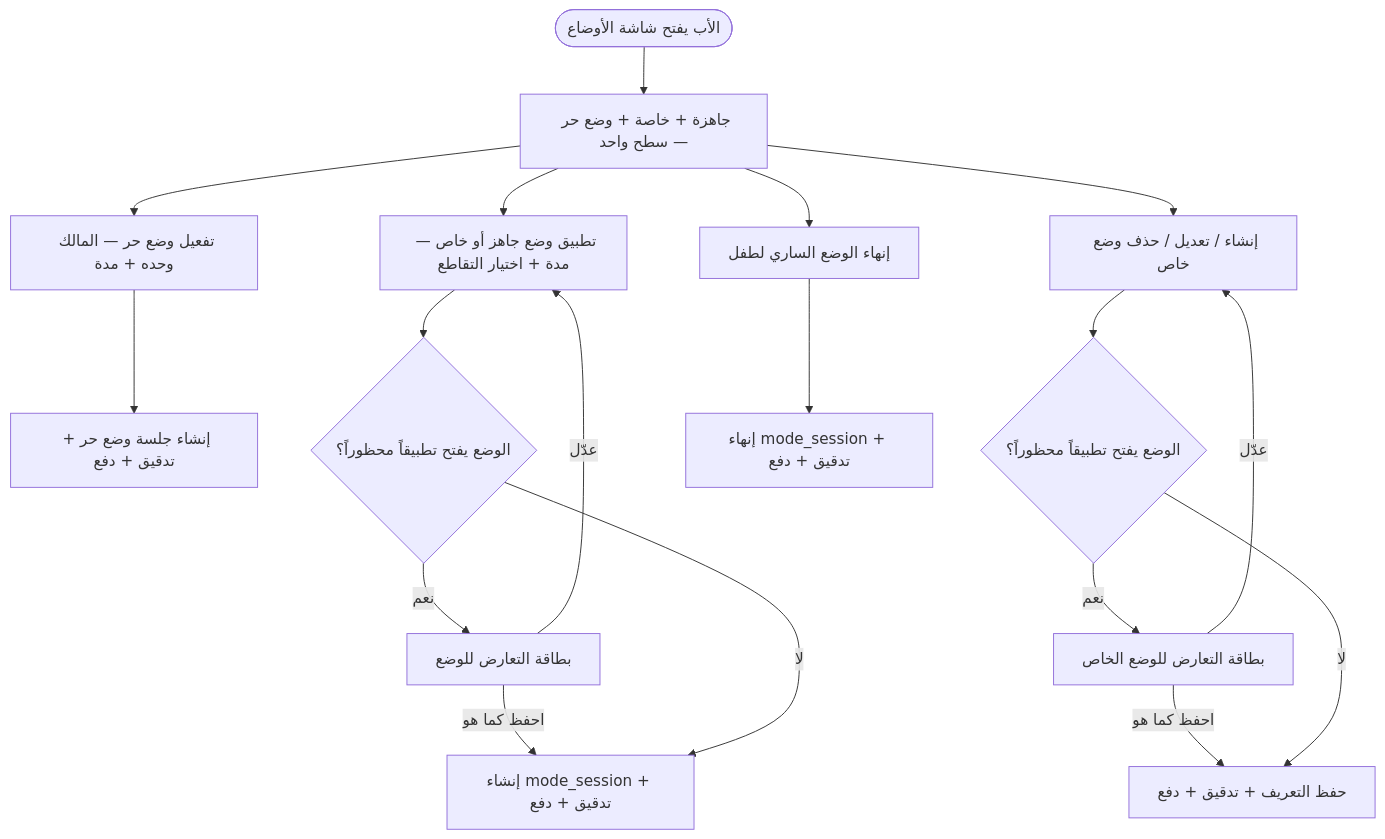
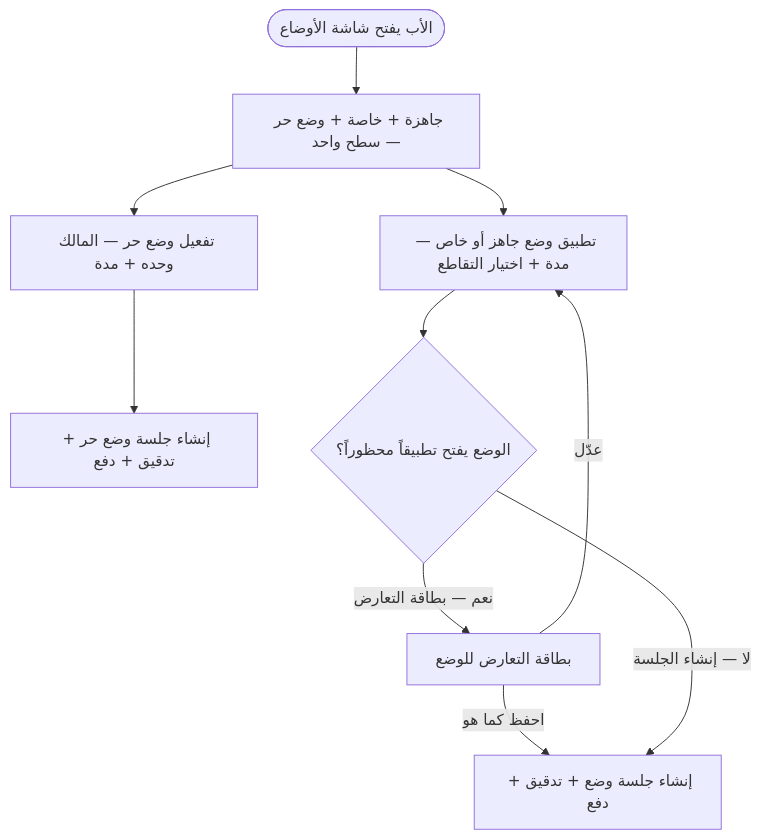
Diagram 22 of 45 in docs/family-os/governance/phases/phase-1/S1-10-protection-and-enforcement/DIAGRAMS.md (Bassam-mohammed-alqaeadi/family-os-v2), drawn with Mermaid before and after one commit. The commit also changed other lines of this file, not shown here.

````diff
--- a/docs/family-os/governance/phases/phase-1/S1-10-protection-and-enforcement/DIAGRAMS.md
+++ b/docs/family-os/governance/phases/phase-1/S1-10-protection-and-enforcement/DIAGRAMS.md
@@ -913,20 +1012,12 @@
 ```mermaid
 flowchart TD
     FStart([الأب يفتح شاشة الأوضاع]) --> FModes[جاهزة + خاصة + وضع حر — سطح واحد]
     FModes --> FFree[تفعيل وضع حر — المالك وحده + مدة]
     FModes --> FApply[تطبيق وضع جاهز أو خاص — مدة + اختيار التقاطع]
-    FModes --> FCustom[إنشاء / تعديل / حذف وضع خاص]
-    FModes --> FEnd[إنهاء الوضع الساري لطفل]
     FFree --> FFreeSave[إنشاء جلسة وضع حر + تدقيق + دفع]
     FApply --> FApplyChk{الوضع يفتح تطبيقاً محظوراً؟}
-    FApplyChk -->|نعم| FApplyCard[بطاقة التعارض للوضع]
-    FApplyCard -->|احفظ كما هو| FApplySave
+    FApplyChk -->|نعم — بطاقة التعارض| FApplyCard[بطاقة التعارض للوضع]
+    FApplyCard -->|احفظ كما هو| FApplySave[إنشاء جلسة وضع + تدقيق + دفع]
     FApplyCard -->|عدّل| FApply
-    FApplyChk -->|لا| FApplySave[إنشاء mode_session + تدقيق + دفع]
-    FCustom --> FCustomChk{الوضع يفتح تطبيقاً محظوراً؟}
-    FCustomChk -->|نعم| FCustomCard[بطاقة التعارض للوضع الخاص]
-    FCustomCard -->|احفظ كما هو| FCustomSave
-    FCustomCard -->|عدّل| FCustom
-    FCustomChk -->|لا| FCustomSave[حفظ التعريف + تدقيق + دفع]
-    FEnd --> FEndSave[إنهاء mode_session + تدقيق + دفع]
+    FApplyChk -->|لا — إنشاء الجلسة| FApplySave
 ```
````
